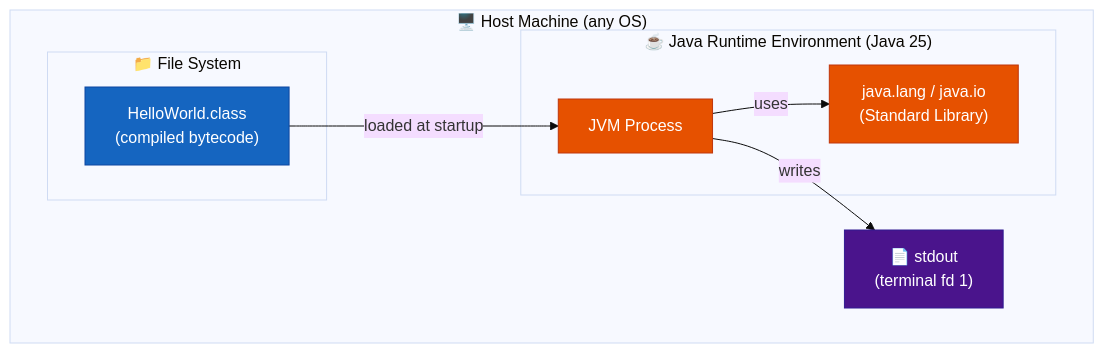
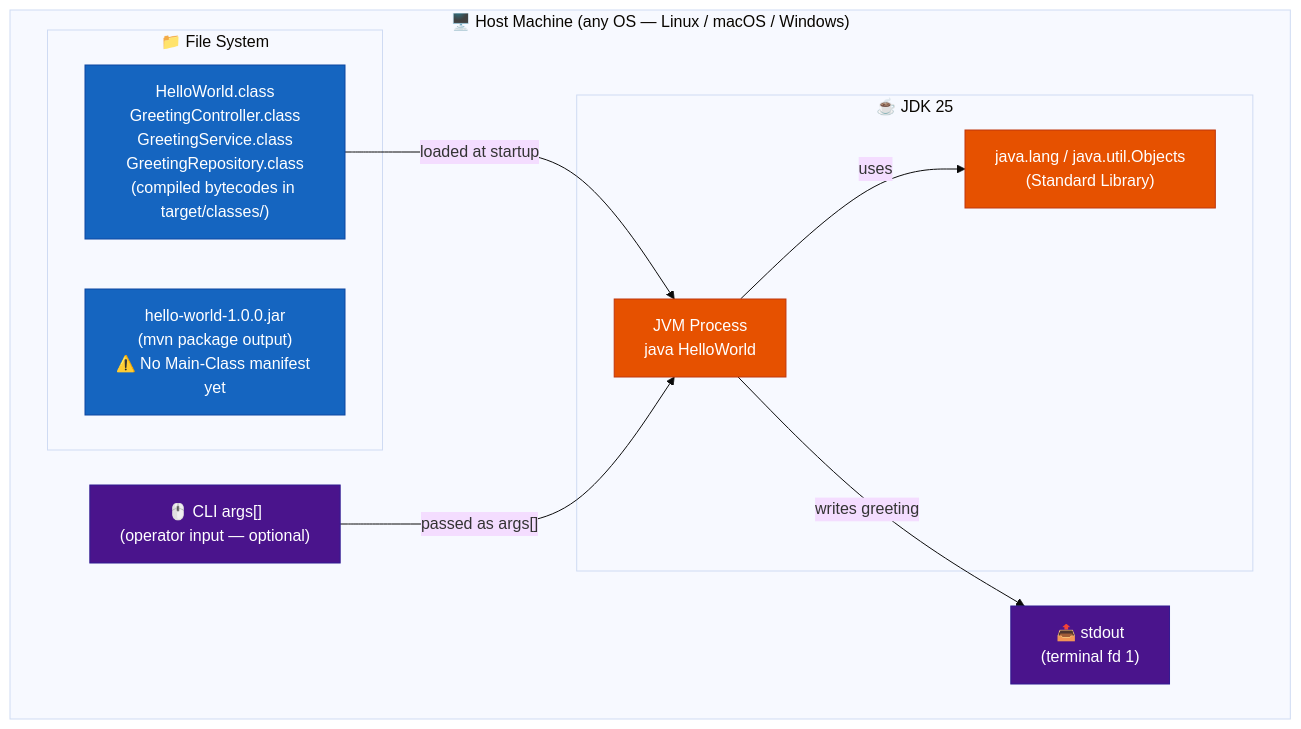
One commit to ktruchcz/copilot-test-ktruchcz changed diagram 11 of 19 in arc42-documentation.md. Above: the diagram before and after it, drawn with Mermaid (base theme). The commit also changed other lines of this file and 15 other files, not shown here.

````diff
--- a/arc42-documentation.md
+++ b/arc42-documentation.md
@@ -365,24 +765,27 @@
 ```mermaid
 graph TB
     classDef machine fill:#37474F,stroke:#263238,color:#fff,font-weight:bold
     classDef jre fill:#E65100,stroke:#BF360C,color:#fff
     classDef artifact fill:#1565C0,stroke:#0D47A1,color:#fff
     classDef fs fill:#4A148C,stroke:#311B92,color:#fff
 
-    subgraph HostMachine["🖥️ Host Machine (any OS)"]
+    subgraph HostMachine["🖥️ Host Machine (any OS — Linux / macOS / Windows)"]
         subgraph FileSystem["📁 File System"]
-            classFile["HelloWorld.class\n(compiled bytecode)"]:::artifact
+            classFiles["HelloWorld.class\nGreetingController.class\nGreetingService.class\nGreetingRepository.class\n(compiled bytecodes in target/classes/)"]:::artifact
+            jar["hello-world-1.0.0.jar\n(mvn package output)\n⚠️ No Main-Class manifest yet"]:::artifact
         end
 
-        subgraph JRE["☕ Java Runtime Environment (Java 25)"]
-            JVM["JVM Process"]:::jre
-            StdLib["java.lang / java.io\n(Standard Library)"]:::jre
+        subgraph JDK25["☕ JDK 25"]
+            JVM["JVM Process\njava HelloWorld"]:::jre
+            StdLib["java.lang / java.util.Objects\n(Standard Library)"]:::jre
         end
 
-        stdout["📄 stdout\n(terminal fd 1)"]:::fs
+        stdout["📤 stdout\n(terminal fd 1)"]:::fs
+        CLI["🖱️ CLI args[]\n(operator input — optional)"]:::fs
     end
 
-    classFile -->|"loaded at startup"| JVM
+    classFiles -->|"loaded at startup"| JVM
     JVM -->|"uses"| StdLib
-    JVM -->|"writes"| stdout
+    JVM -->|"writes greeting"| stdout
+    CLI -->|"passed as args[]"| JVM
 ```
````
